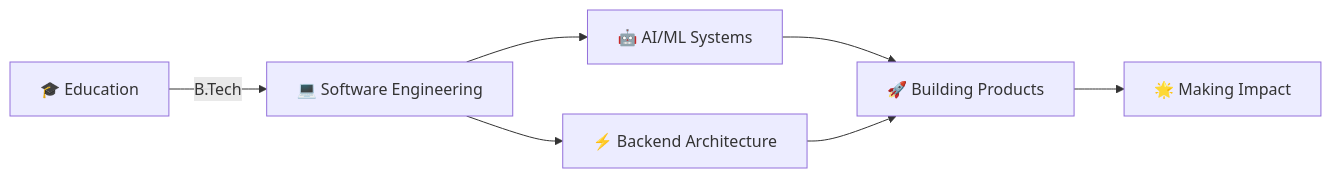
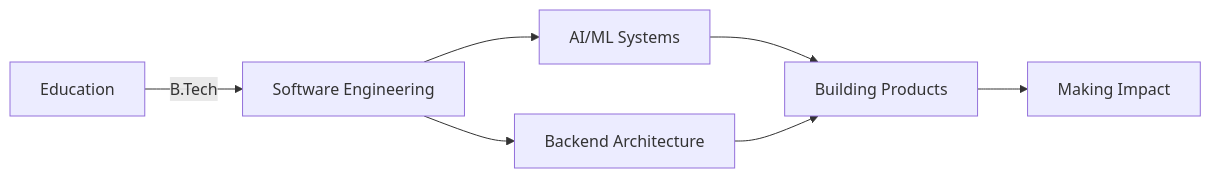
One commit to Azad11014/Azad11014 changed the diagram in README.md. Above: the diagram before and after it, drawn with Mermaid. The commit also changed other lines of this file, not shown here.

````diff
--- a/README.md
+++ b/README.md
@@ -70,9 +55,9 @@
 ```mermaid
 graph LR
-    A[🎓 Education] -->|B.Tech| B[💻 Software Engineering]
-    B --> C[🤖 AI/ML Systems]
-    B --> D[⚡ Backend Architecture]
-    C --> E[🚀 Building Products]
+    A[Education] -->|B.Tech| B[Software Engineering]
+    B --> C[AI/ML Systems]
+    B --> D[Backend Architecture]
+    C --> E[Building Products]
     D --> E
-    E --> F[🌟 Making Impact]
+    E --> F[Making Impact]
 ```
````
